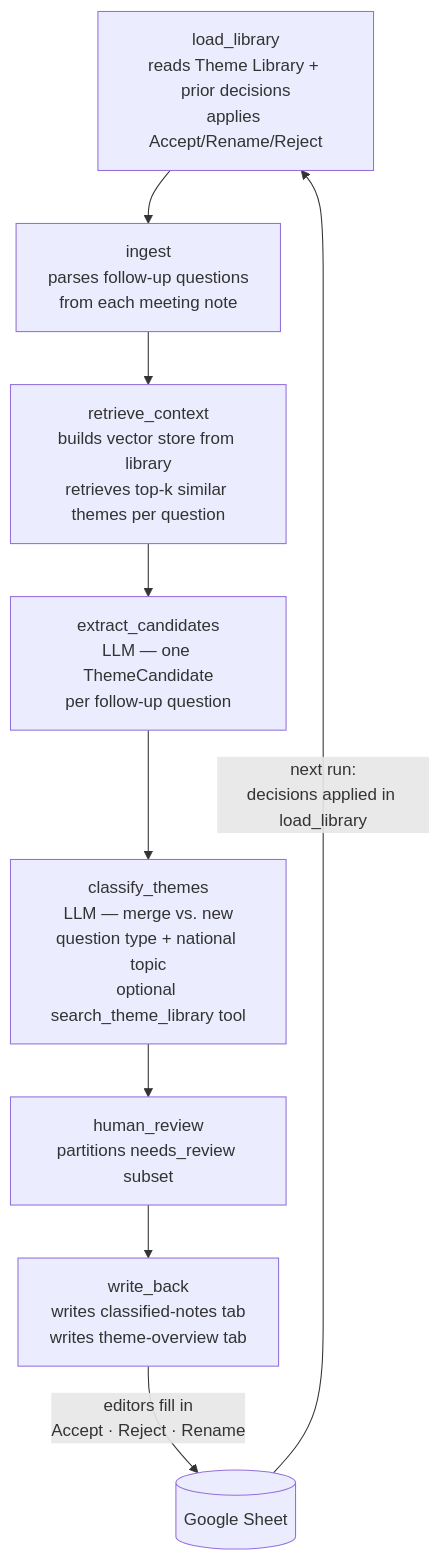
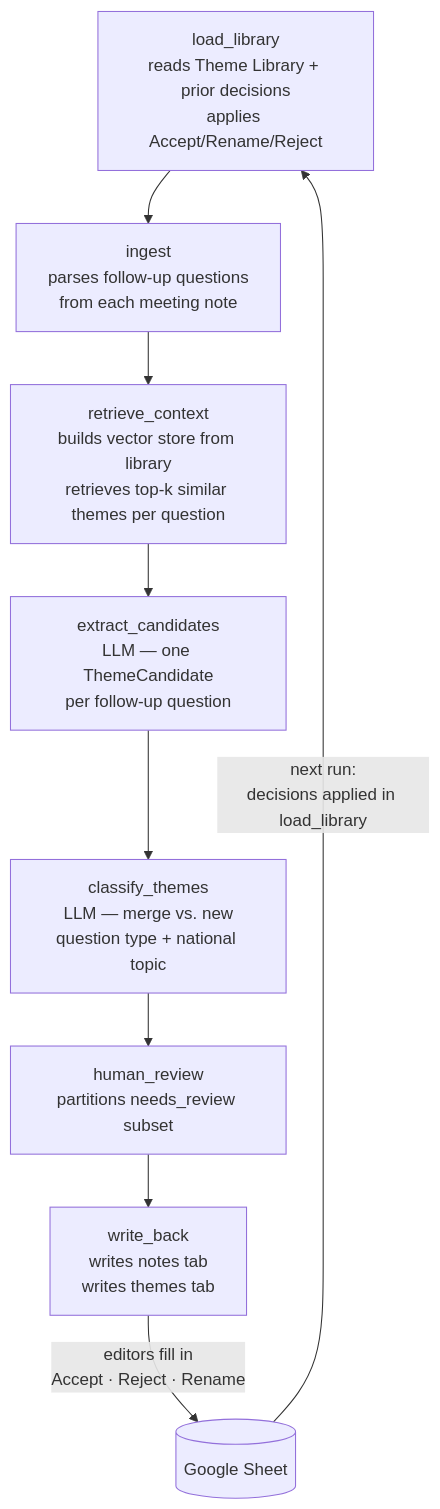
One commit to eads/cle-documenters-classify-notes changed the diagram in README.md. Above: the diagram before and after it, drawn with Mermaid. The commit also changed other lines of this file, not shown here.

Commit message:
docs: update README — new tab name format, drop tool reference, add --name flag

````diff
--- a/README.md
+++ b/README.md
@@ -11,13 +11,13 @@
 ```mermaid
 flowchart TD
     LL[load_library\nreads Theme Library + prior decisions\napplies Accept/Rename/Reject] --> IN
     IN[ingest\nparses follow-up questions\nfrom each meeting note] --> RC
     RC[retrieve_context\nbuilds vector store from library\nretrieves top-k similar themes per question] --> EC
     EC[extract_candidates\nLLM — one ThemeCandidate\nper follow-up question] --> CT
-    CT[classify_themes\nLLM — merge vs. new\nquestion type + national topic\noptional search_theme_library tool] --> HR
+    CT[classify_themes\nLLM — merge vs. new\nquestion type + national topic] --> HR
     HR[human_review\npartitions needs_review subset] --> WB
-    WB[write_back\nwrites classified-notes tab\nwrites theme-overview tab]
+    WB[write_back\nwrites notes tab\nwrites themes tab]
 
     WB -->|"editors fill in\nAccept · Reject · Rename"| SHEET[(Google Sheet)]
     SHEET -->|"next run:\ndecisions applied in load_library"| LL
 ```
````
